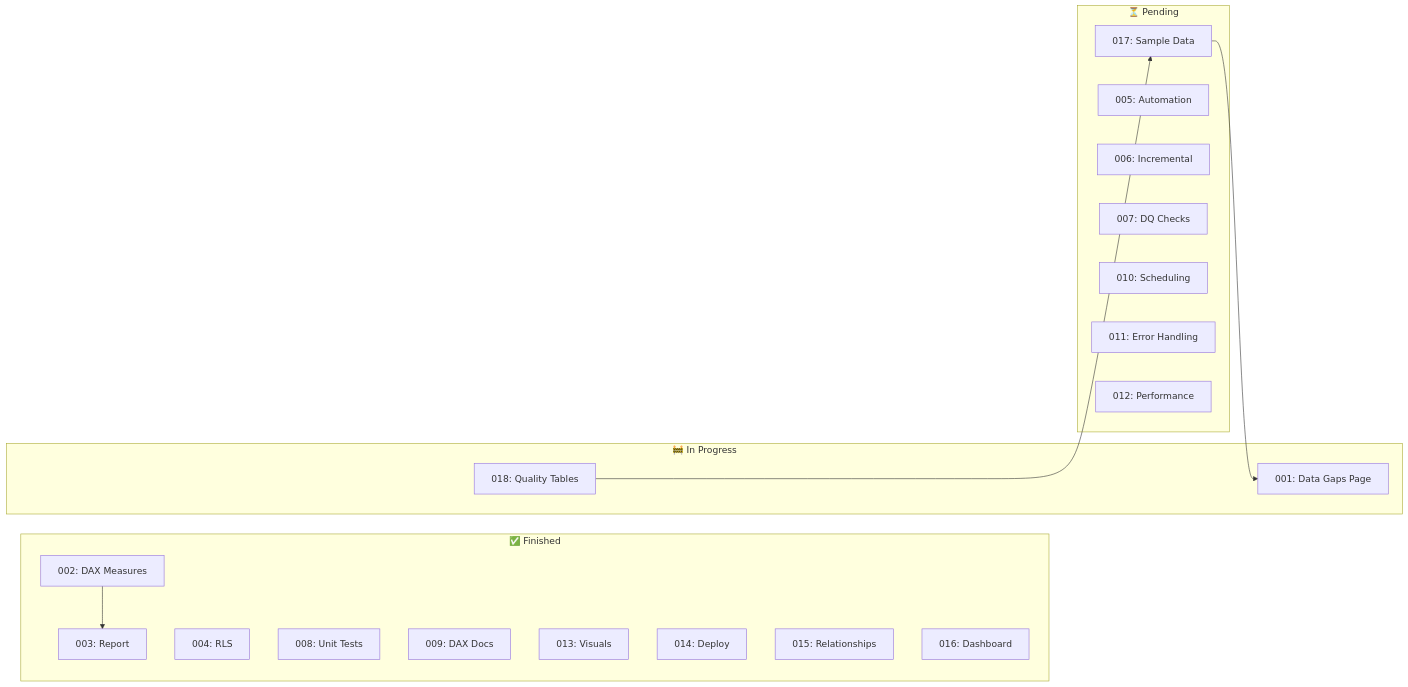
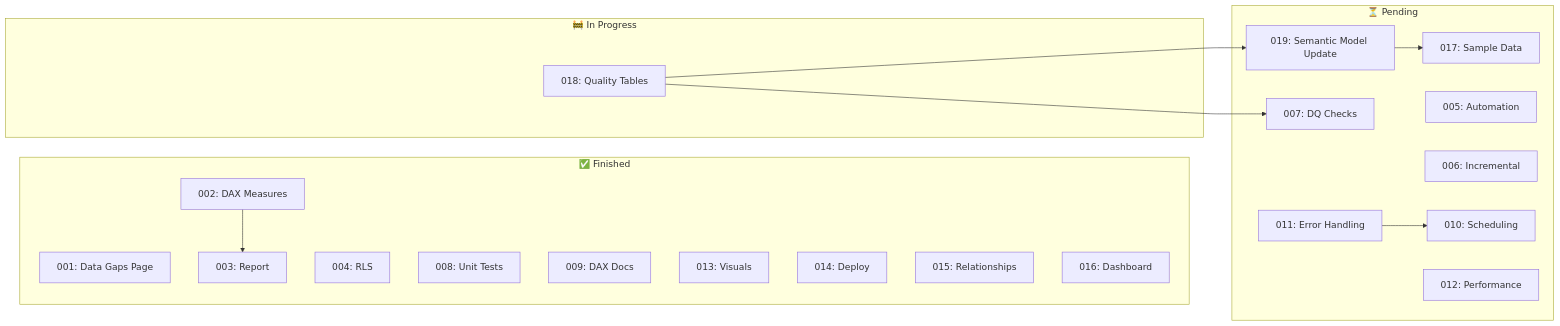
One commit to erikemilsson/OEMMatInsightBI changed the first of 2 diagrams in MISSION_CONTROL.md. Above: the diagram before and after it, drawn with Mermaid. The commit also changed other lines of this file and 8 other files, not shown here.

````diff
--- a/MISSION_CONTROL.md
+++ b/MISSION_CONTROL.md
@@ -29,33 +47,36 @@
 ```mermaid
 graph LR
     subgraph Finished["✅ Finished"]
+        T001[001: Data Gaps Page]
         T002[002: DAX Measures]
         T003[003: Report]
         T004[004: RLS]
         T008[008: Unit Tests]
         T009[009: DAX Docs]
         T013[013: Visuals]
         T014[014: Deploy]
         T015[015: Relationships]
         T016[016: Dashboard]
     end
 
     subgraph InProgress["🚧 In Progress"]
         T018[018: Quality Tables]
-        T001[001: Data Gaps Page]
     end
 
     subgraph Pending["⏳ Pending"]
+        T019[019: Semantic Model Update]
         T017[017: Sample Data]
         T005[005: Automation]
         T006[006: Incremental]
         T007[007: DQ Checks]
         T010[010: Scheduling]
         T011[011: Error Handling]
         T012[012: Performance]
     end
 
-    T018 --> T017
-    T017 --> T001
+    T018 --> T019
+    T018 --> T007
+    T019 --> T017
+    T011 --> T010
     T002 --> T003
 ```
````
